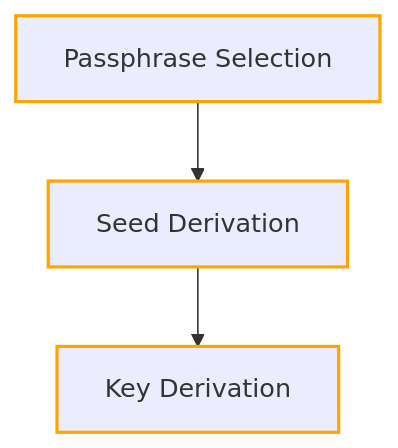
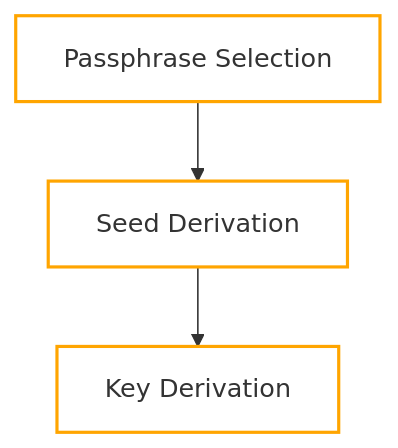
Before and after one commit to oxarbitrage/my-first-zcash-chapter-7: the third of 3 diagrams in transparent.md, drawn with Mermaid. The commit also changed other lines of this file and 5 other files, not shown here.

````diff
--- a/transparent.md
+++ b/transparent.md
@@ -72,8 +78,12 @@
 ```mermaid
 graph TD;
     A[Passphrase Selection] --> B[Seed Derivation];
     B --> C[Key Derivation];
     style A stroke:#FFA500,stroke-width:2px;
     style B stroke:#FFA500,stroke-width:2px;
     style C stroke:#FFA500,stroke-width:2px;
+
+    style A fill: #fff,stroke:#FFA500,stroke-width:2px;
+    style B fill: #fff,stroke:#FFA500,stroke-width:2px;
+    style C fill: #fff,stroke:#FFA500,stroke-width:2px;
 ```
````
